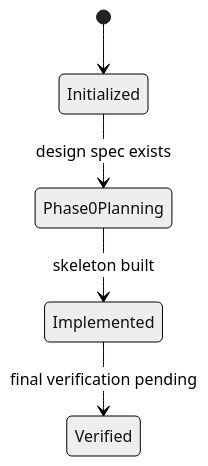
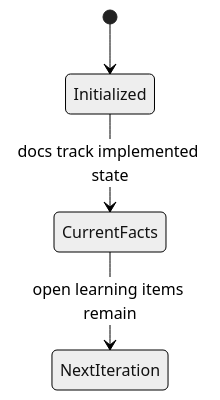
One commit to deweyou/weave changed the diagram in docs/.state.md. Above: the diagram before and after it, drawn with Mermaid (neutral theme). The commit also changed other lines of this file and 10 other files, not shown here.

````diff
--- a/docs/.state.md
+++ b/docs/.state.md
@@ -3,7 +3,6 @@
 ```mermaid
 stateDiagram-v2
     [*] --> Initialized
-    Initialized --> Phase0Planning: design spec exists
-    Phase0Planning --> Implemented: skeleton built
-    Implemented --> Verified: final verification pending
+    Initialized --> CurrentFacts: docs track implemented state
+    CurrentFacts --> NextIteration: open learning items remain
 ```
````
